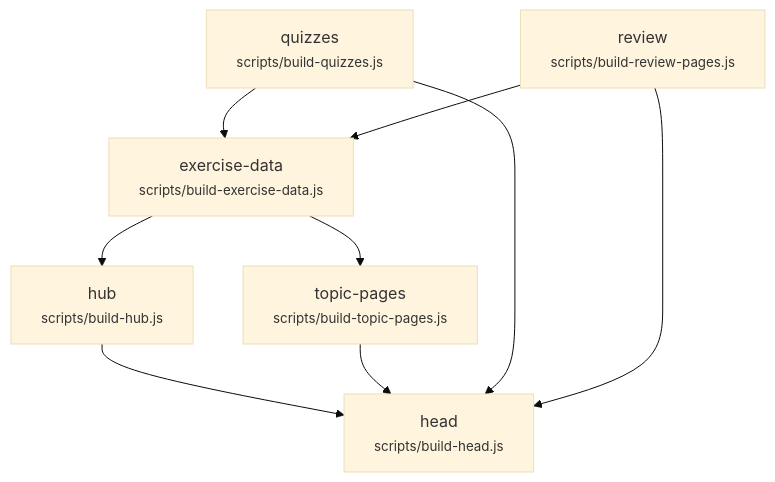
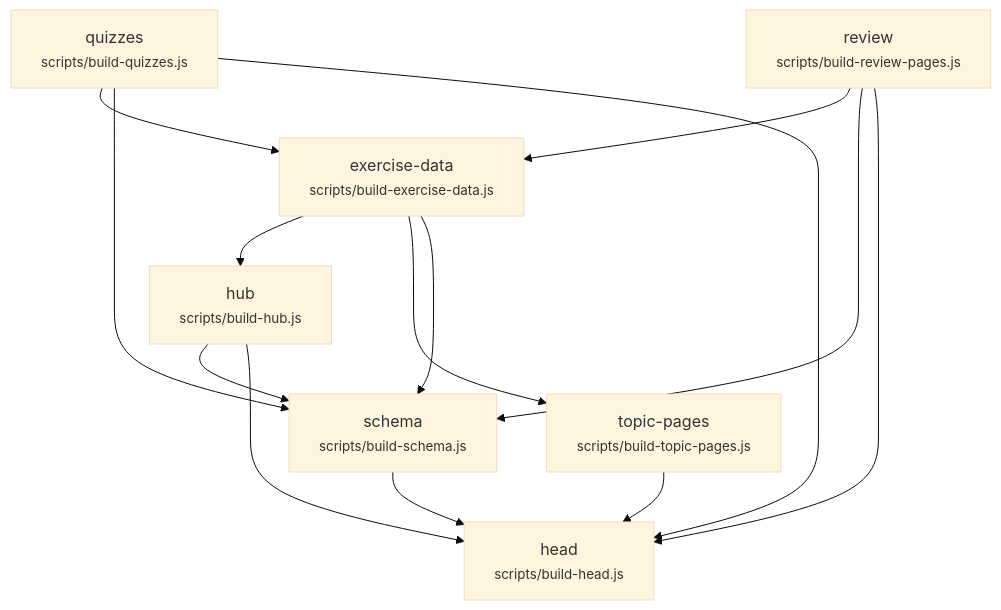
The diagram in docs/build-graph.mmd (EnglishOnlineTraining/vocab-games), drawn with Mermaid (base theme) before and after one commit. The commit also changed 197 other files, not shown here.

First line of the commit message:
Add Schema.org JSON-LD structured data site-wide

```diff
--- a/docs/build-graph.mmd
+++ b/docs/build-graph.mmd
@@ -1,17 +1,23 @@
 %% GENERATED by scripts/build.js --write-graph — do not edit by hand.
 %% Run `node scripts/build.js --write-graph` after changing scripts/pipeline.js.
 graph TD
   quizzes["quizzes<br/><small>scripts/build-quizzes.js</small>"]
   review["review<br/><small>scripts/build-review-pages.js</small>"]
   exercise_data["exercise-data<br/><small>scripts/build-exercise-data.js</small>"]
   hub["hub<br/><small>scripts/build-hub.js</small>"]
   topic_pages["topic-pages<br/><small>scripts/build-topic-pages.js</small>"]
+  schema["schema<br/><small>scripts/build-schema.js</small>"]
   head["head<br/><small>scripts/build-head.js</small>"]
   quizzes --> exercise_data
   review --> exercise_data
   exercise_data --> hub
   exercise_data --> topic_pages
+  exercise_data --> schema
+  hub --> schema
+  quizzes --> schema
+  review --> schema
   hub --> head
   topic_pages --> head
   quizzes --> head
   review --> head
+  schema --> head
```
